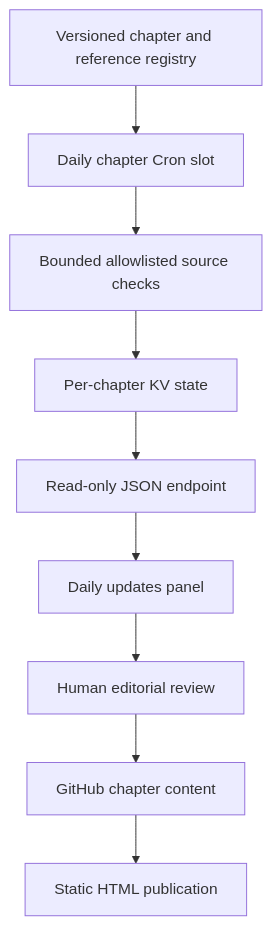
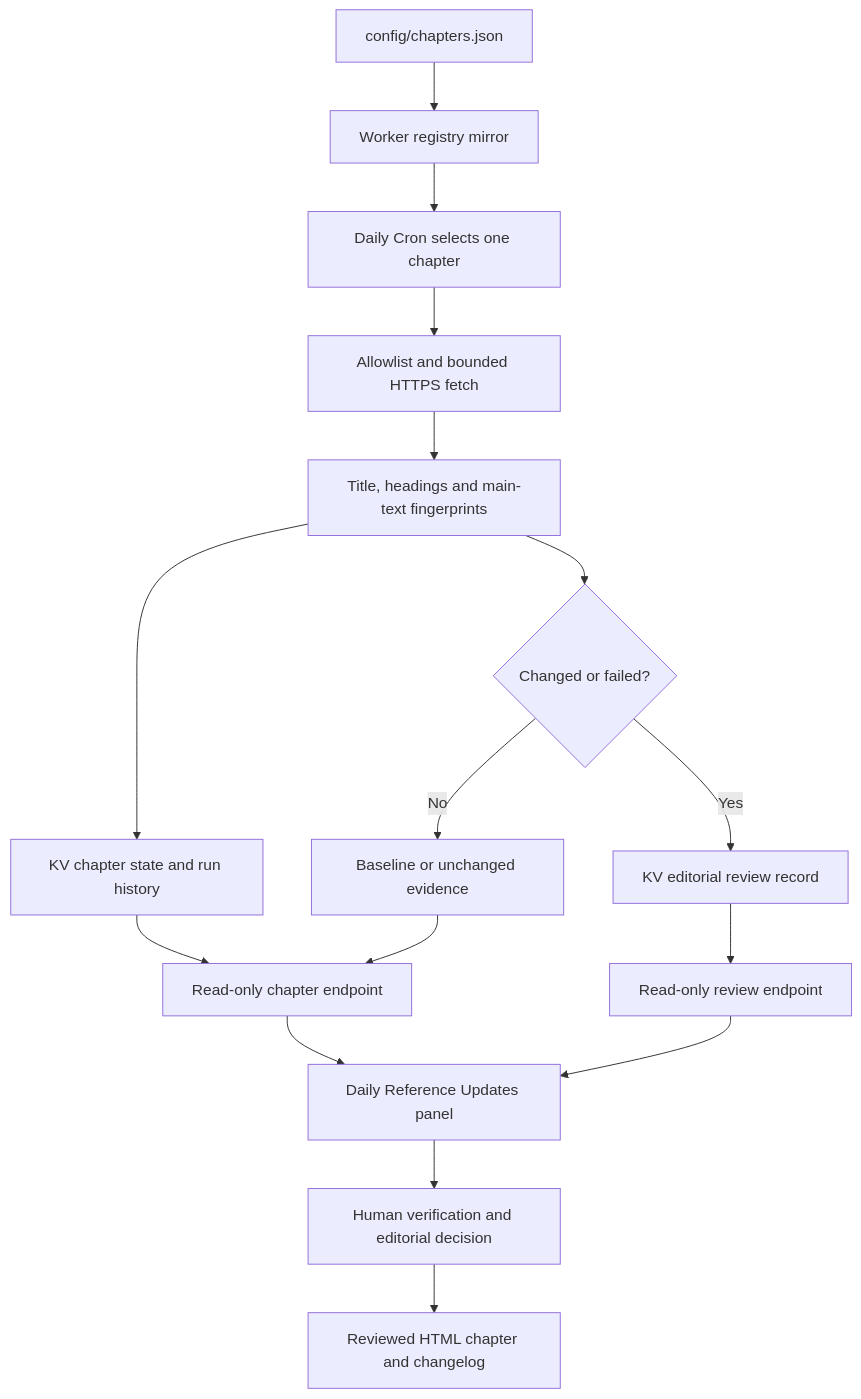
Before and after one commit to DevJel/knowledge-center-system: the diagram in docs/DAILY_UPDATES.md, drawn with Mermaid. The commit also changed other lines of this file, not shown here.

Commit message:
Document full reference auto-sync lifecycle and controls

````diff
--- a/docs/DAILY_UPDATES.md
+++ b/docs/DAILY_UPDATES.md
@@ -125,11 +146,18 @@
 ```mermaid
 flowchart TD
-  R["Versioned chapter and reference registry"] --> C["Daily chapter Cron slot"]
-  C --> F["Bounded allowlisted source checks"]
-  F --> K["Per-chapter KV state"]
-  K --> A["Read-only JSON endpoint"]
-  A --> P["Daily updates panel"]
-  H["Human editorial review"] --> G["GitHub chapter content"]
-  G --> S["Static HTML publication"]
-  P --> H
+  A["config/chapters.json"] --> B["Worker registry mirror"]
+  B --> C["Daily Cron selects one chapter"]
+  C --> D["Allowlist and bounded HTTPS fetch"]
+  D --> E["Title, headings and main-text fingerprints"]
+  E --> F["KV chapter state and run history"]
+  E --> G{"Changed or failed?"}
+  G -->|Yes| H["KV editorial review record"]
+  G -->|No| I["Baseline or unchanged evidence"]
+  F --> J["Read-only chapter endpoint"]
+  H --> K["Read-only review endpoint"]
+  I --> J
+  J --> L["Daily Reference Updates panel"]
+  K --> L
+  L --> M["Human verification and editorial decision"]
+  M --> N["Reviewed HTML chapter and changelog"]
 ```
````
